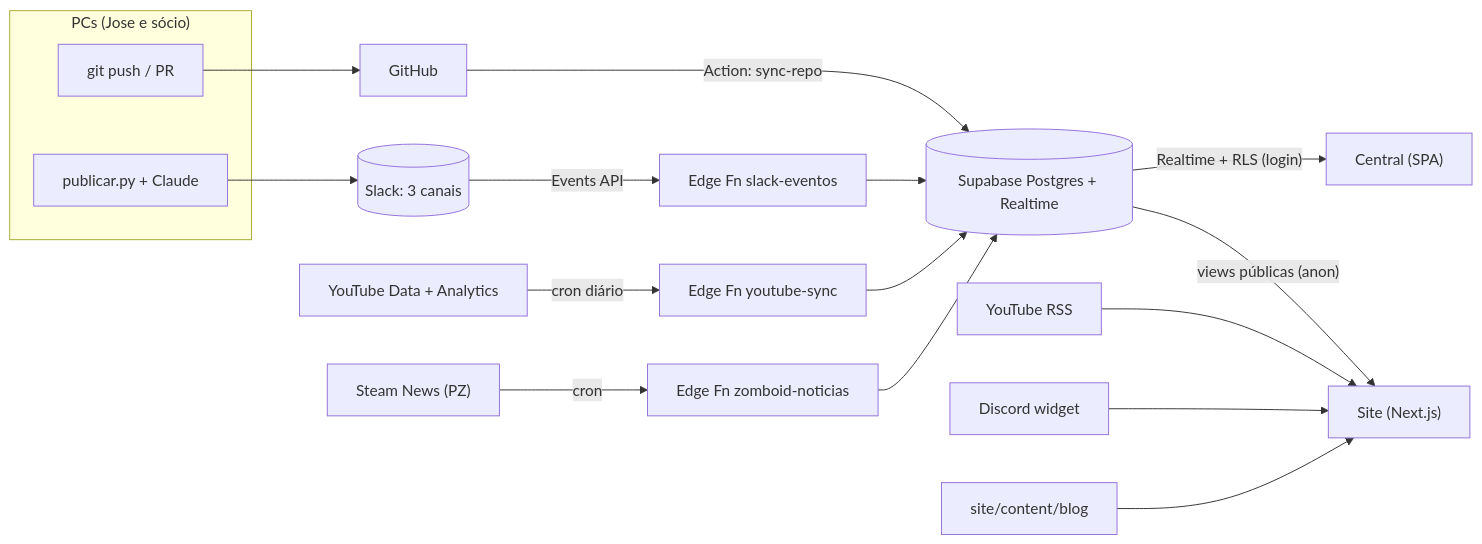
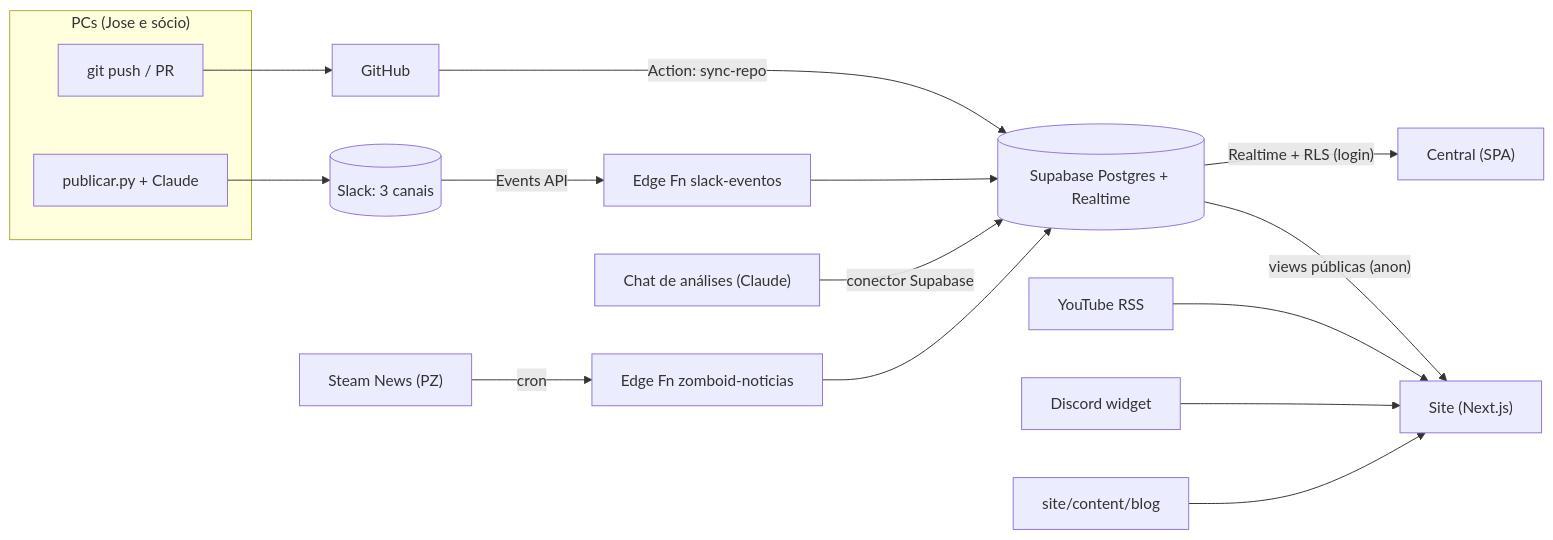
One commit to GGeras/manual-zomboid changed the diagram in plataforma/arquitetura.md. Above: the diagram before and after it, drawn with Mermaid. The commit also changed other lines of this file and 33 other files, not shown here.

````diff
--- a/plataforma/arquitetura.md
+++ b/plataforma/arquitetura.md
@@ -27,21 +27,21 @@
 ```mermaid
 flowchart LR
   subgraph PCs["PCs (Jose e sócio)"]
     PUB["publicar.py + Claude"]
     PUSH["git push / PR"]
   end
   PUB --> SLACK[("Slack: 3 canais")]
   PUSH --> GH["GitHub"]
 
   SLACK -- "Events API" --> F1["Edge Fn slack-eventos"]
   GH -- "Action: sync-repo" --> DB
   F1 --> DB[("Supabase Postgres + Realtime")]
-  YT["YouTube Data + Analytics"] -- "cron diário" --> F2["Edge Fn youtube-sync"] --> DB
+  AN["Chat de análises (Claude)"] -- "conector Supabase" --> DB
   STEAM["Steam News (PZ)"] -- "cron" --> F3["Edge Fn zomboid-noticias"] --> DB
 
   DB -- "Realtime + RLS (login)" --> CENTRAL["Central (SPA)"]
   DB -- "views públicas (anon)" --> SITE["Site (Next.js)"]
   RSS["YouTube RSS"] --> SITE
   DISC["Discord widget"] --> SITE
   MDX["site/content/blog"] --> SITE
 ```
````
